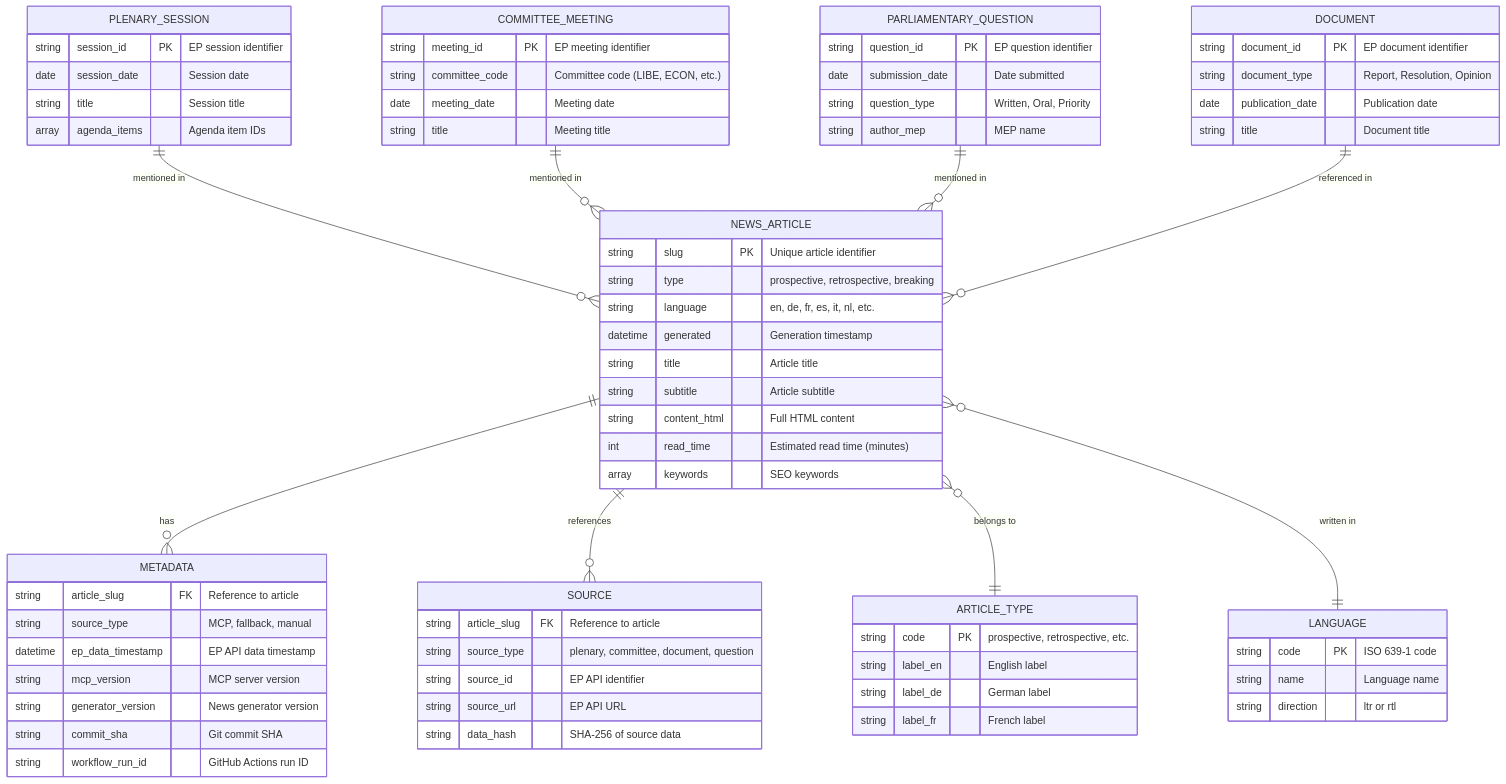
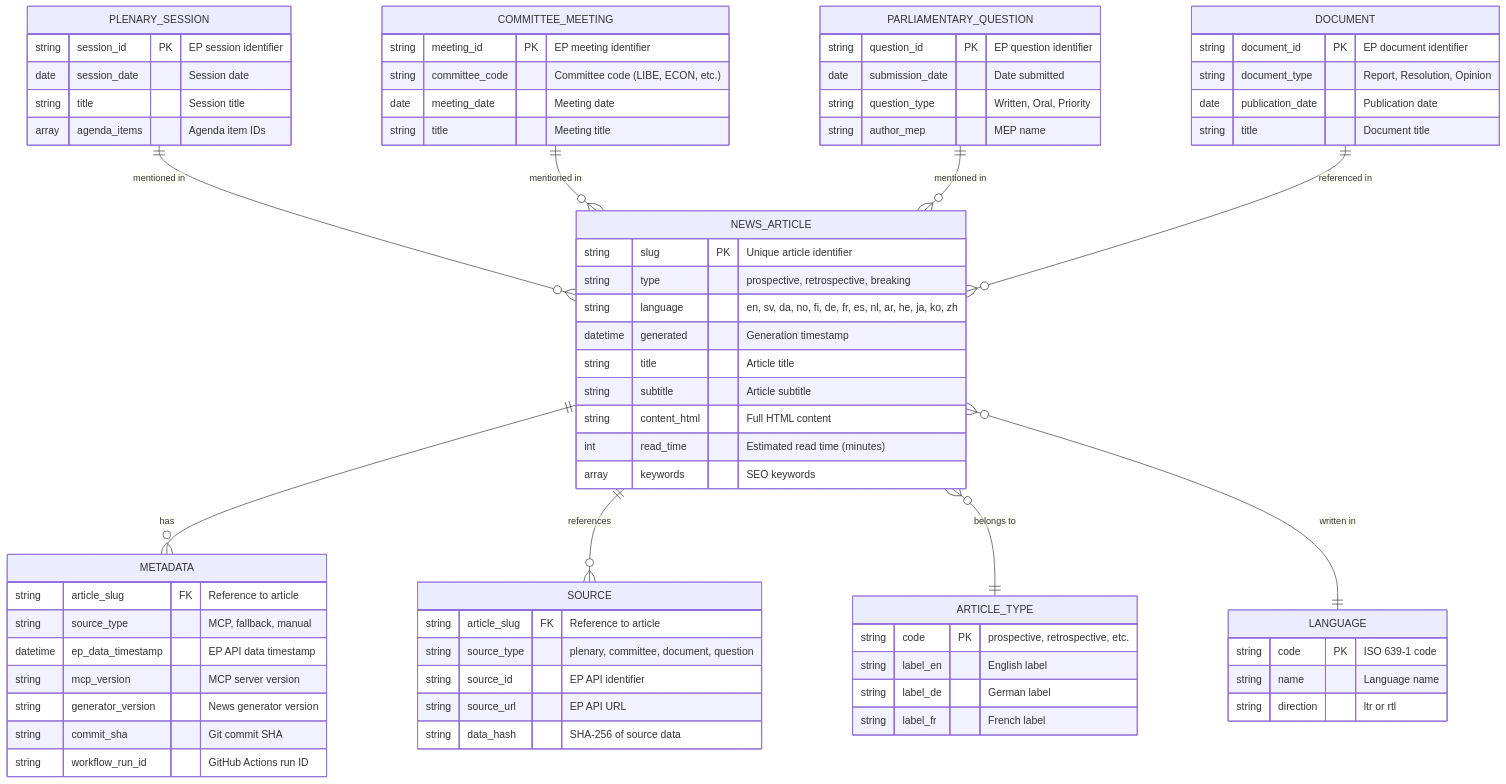
The first of 9 diagrams in DATA_MODEL.md (Hack23/euparliamentmonitor), drawn with Mermaid before and after one commit. The commit also changed other lines of this file and 44 other files, not shown here.

```diff
--- a/DATA_MODEL.md
+++ b/DATA_MODEL.md
@@ -123,7 +123,7 @@
     NEWS_ARTICLE {
         string slug PK "Unique article identifier"
         string type "prospective, retrospective, breaking"
-        string language "en, de, fr, es, it, nl, etc."
+        string language "en, sv, da, no, fi, de, fr, es, nl, ar, he, ja, ko, zh"
         datetime generated "Generation timestamp"
         string title "Article title"
         string subtitle "Article subtitle"
```
